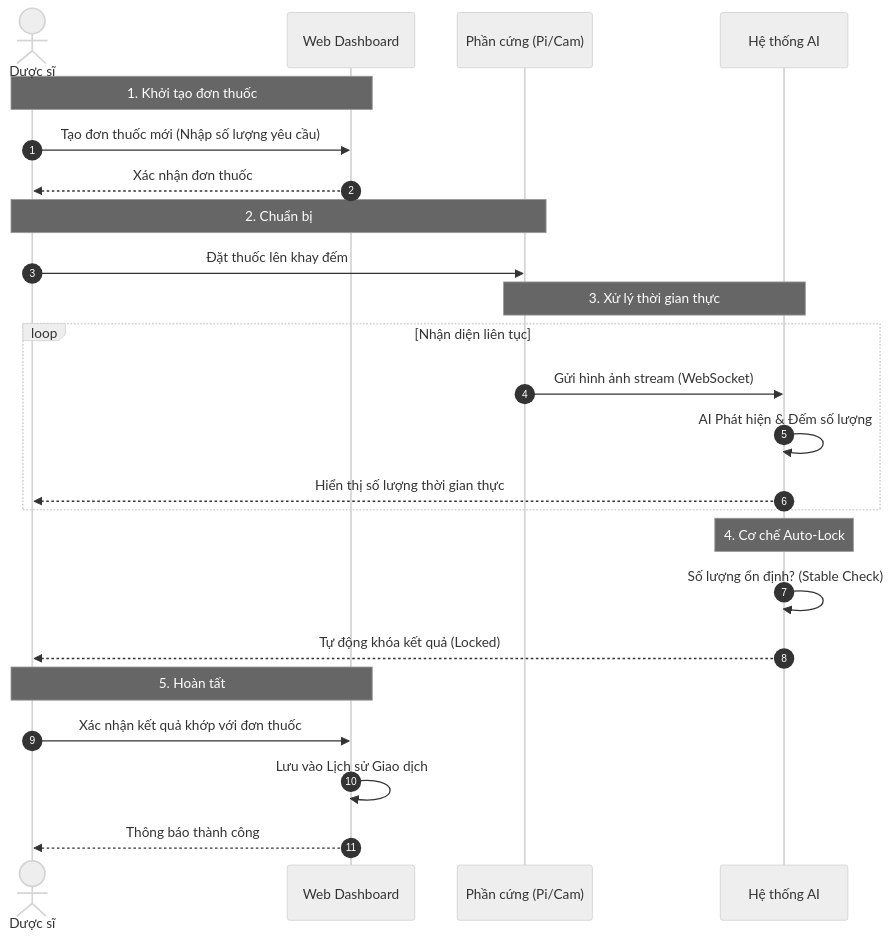
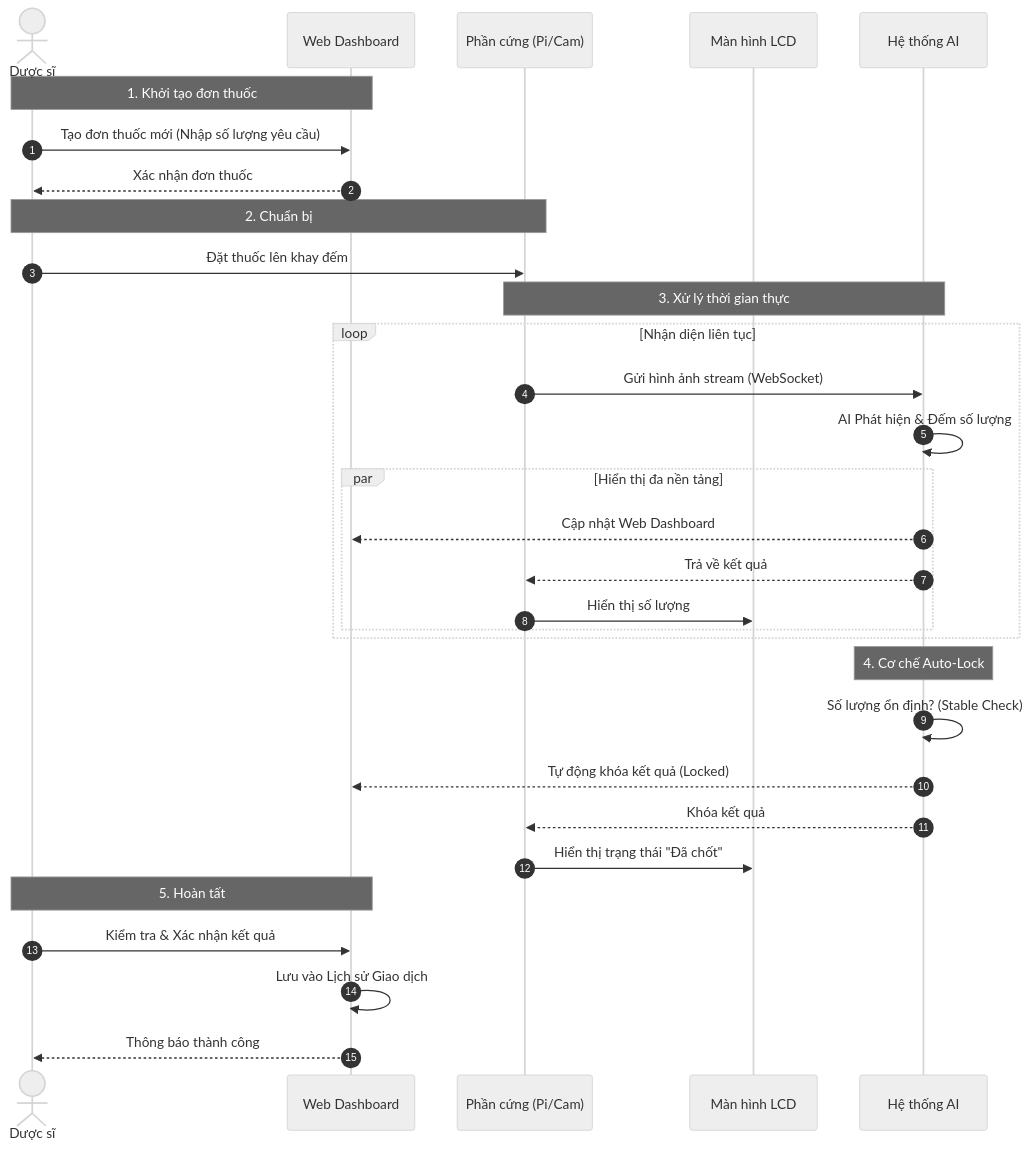
One commit to pbl4-hotrodemthuoc/PILL-COUNTER-PROJECT changed the third of 3 diagrams in README_VI.md. Above: the diagram before and after it, drawn with Mermaid (neutral theme). The commit also changed other lines of this file, not shown here.

Commit message:
Update User Workflow with LCD

````diff
--- a/README_VI.md
+++ b/README_VI.md
@@ -209,31 +210,38 @@
 ```mermaid
 sequenceDiagram
     autonumber
     actor D as Dược sĩ
     participant W as Web Dashboard
     participant H as Phần cứng (Pi/Cam)
+    participant L as Màn hình LCD
     participant S as Hệ thống AI
 
     Note over D, W: 1. Khởi tạo đơn thuốc
     D->>W: Tạo đơn thuốc mới (Nhập số lượng yêu cầu)
     W-->>D: Xác nhận đơn thuốc
 
     Note over D, H: 2. Chuẩn bị
     D->>H: Đặt thuốc lên khay đếm
 
     Note over H, S: 3. Xử lý thời gian thực
     loop Nhận diện liên tục
         H->>S: Gửi hình ảnh stream (WebSocket)
         S->>S: AI Phát hiện & Đếm số lượng
-        S-->>D: Hiển thị số lượng thời gian thực
+        par Hiển thị đa nền tảng
+            S-->>W: Cập nhật Web Dashboard
+            S-->>H: Trả về kết quả
+            H->>L: Hiển thị số lượng
+        end
     end
 
     Note over S: 4. Cơ chế Auto-Lock
     S->>S: Số lượng ổn định? (Stable Check)
-    S-->>D: Tự động khóa kết quả (Locked)
+    S-->>W: Tự động khóa kết quả (Locked)
+    S-->>H: Khóa kết quả
+    H->>L: Hiển thị trạng thái "Đã chốt"
 
     Note over D, W: 5. Hoàn tất
-    D->>W: Xác nhận kết quả khớp với đơn thuốc
+    D->>W: Kiểm tra & Xác nhận kết quả
     W->>W: Lưu vào Lịch sử Giao dịch
     W-->>D: Thông báo thành công
 ```
````
